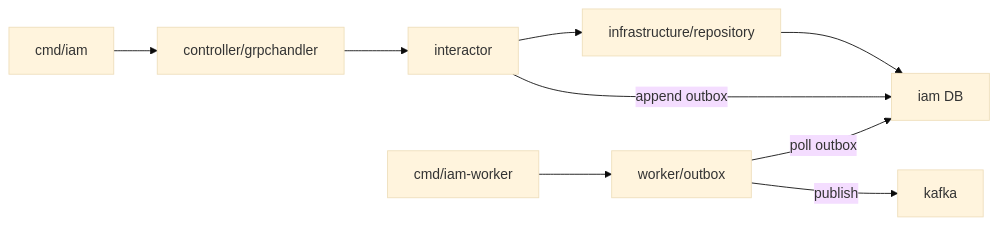
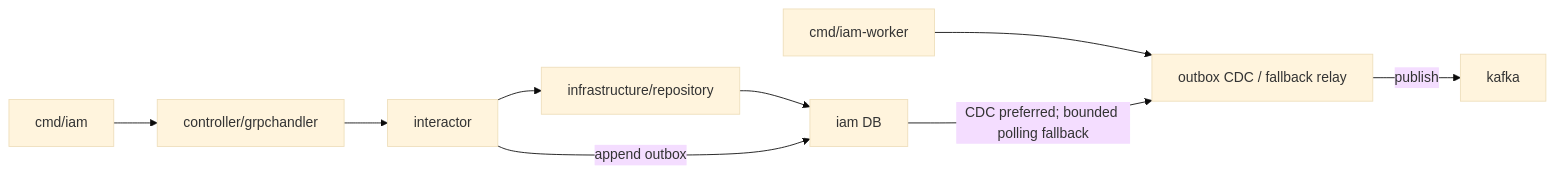
One commit to tuannm99/podzone changed the second of 8 diagrams in docs/architecture/modules.md. Above: the diagram before and after it, drawn with Mermaid (base theme). The commit also changed other lines of this file and 15 other files, not shown here.

Commit message:
fix(vibe): cdc connect for outbox streaming

````diff
--- a/docs/architecture/modules.md
+++ b/docs/architecture/modules.md
@@ -44,20 +44,20 @@
 ```mermaid
 flowchart LR
     IAMServer["controller/grpchandler"]
     IAMInteractor["interactor"]
     IAMRepo["infrastructure/repository"]
-    OutboxWorker["worker/outbox"]
+    EventRelay["outbox CDC / fallback relay"]
     IAMAPI["cmd/iam"]
     IAMWorker["cmd/iam-worker"]
     IAMDB["iam DB"]
     Kafka["kafka"]
 
     IAMAPI --> IAMServer
     IAMServer --> IAMInteractor
     IAMInteractor --> IAMRepo
     IAMRepo --> IAMDB
-    IAMWorker --> OutboxWorker
+    IAMWorker --> EventRelay
     IAMInteractor -->|"append outbox"| IAMDB
-    OutboxWorker -->|"poll outbox"| IAMDB
-    OutboxWorker -->|"publish"| Kafka
+    IAMDB -->|"CDC preferred; bounded polling fallback"| EventRelay
+    EventRelay -->|"publish"| Kafka
 ```
````
